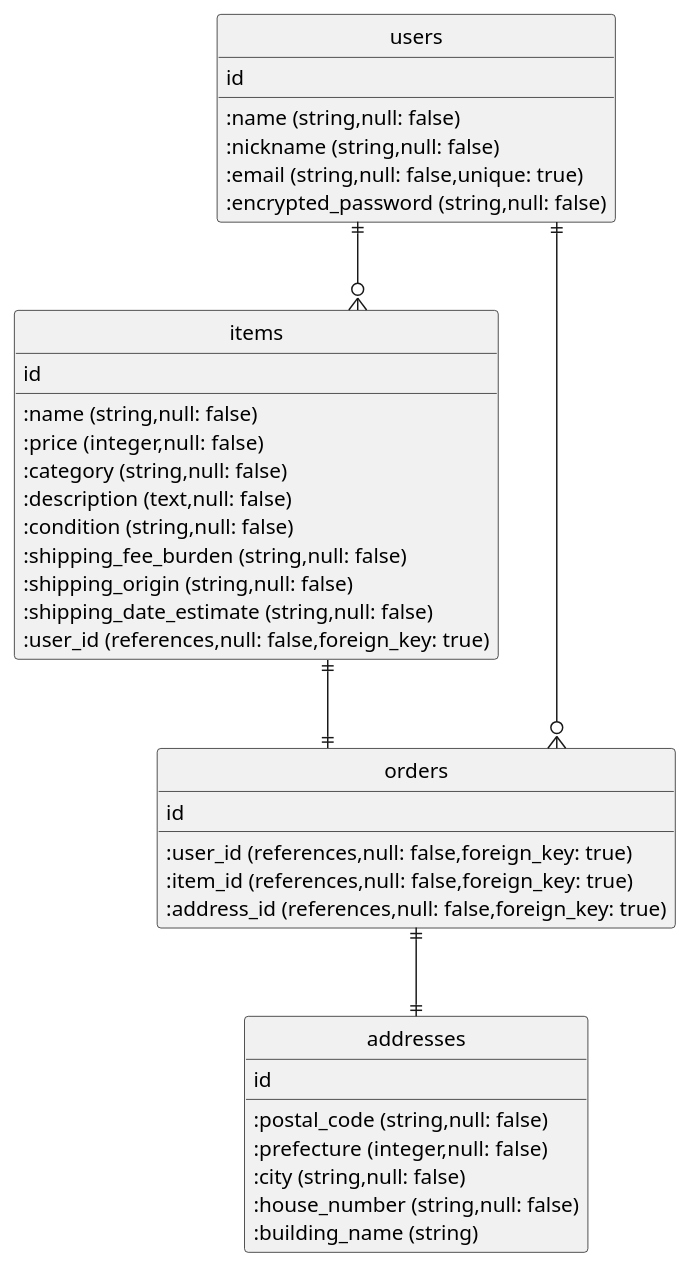
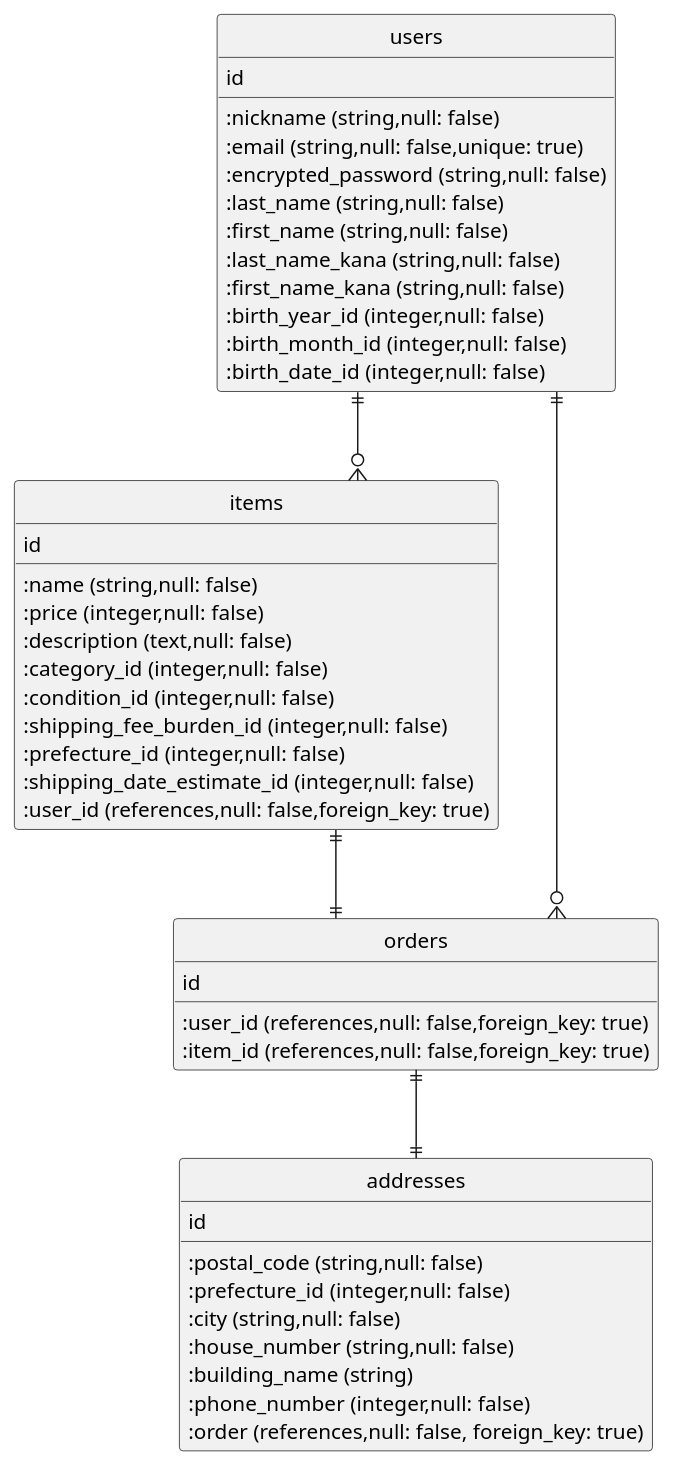
Before and after one commit to tgw-3a/furima-41768: the diagram in furima-41768.erd.plantuml, drawn with PlantUML. The commit also changed 1 other file, not shown here.

```diff
--- a/furima-41768.erd.plantuml
+++ b/furima-41768.erd.plantuml
@@ -1,54 +1,59 @@
 @startuml
 hide circle
 skinparam linetype ortho
 
 ' ユーザー管理機能
 ' 商品出品機能
 ' 商品購入機能
 
 entity "users" as users {
   id
-  :name (string,null: false)
   :nickname (string,null: false)
   :email (string,null: false,unique: true)
   :encrypted_password (string,null: false)
+  :last_name (string,null: false)
+  :first_name (string,null: false)
+  :last_name_kana (string,null: false)
+  :first_name_kana (string,null: false)
+  :birth_year_id (integer,null: false)
+  :birth_month_id (integer,null: false)
+  :birth_date_id (integer,null: false)
 }
 
 entity "items" as items {
   id
   :name (string,null: false)
   :price (integer,null: false)
-  :category (string,null: false)
   :description (text,null: false)
-  :condition (string,null: false)
-  :shipping_fee_burden (string,null: false)
-  :shipping_origin (string,null: false)
-  :shipping_date_estimate (string,null: false)
+  :category_id (integer,null: false)
+  :condition_id (integer,null: false)
+  :shipping_fee_burden_id (integer,null: false)
+  :prefecture_id (integer,null: false)
+  :shipping_date_estimate_id (integer,null: false)
   :user_id (references,null: false,foreign_key: true)
-}
-
-entity "addresses" as addresses {
-  id
-  :postal_code (string,null: false)
-  :prefecture (integer,null: false)
-  :city (string,null: false)
-  :house_number (string,null: false)
-  :building_name (string)
-  ' :user_id (references,null: false,foreign_key: true)
 }
 
 entity "orders" as orders {
   id
   :user_id (references,null: false,foreign_key: true)
   :item_id (references,null: false,foreign_key: true)
-  :address_id (references,null: false,foreign_key: true)
 }
 
+entity "addresses" as addresses {
+  id
+  :postal_code (string,null: false)
+  :prefecture_id (integer,null: false)
+  :city (string,null: false)
+  :house_number (string,null: false)
+  :building_name (string)
+  :phone_number (integer,null: false)
+  :order (references,null: false, foreign_key: true)
+}
 
 users ||--o{ items
 users ||--o{ orders
 ' users ||--o{ addresses
 items ||--|| orders
 orders ||--|| addresses
 
 @enduml
```
